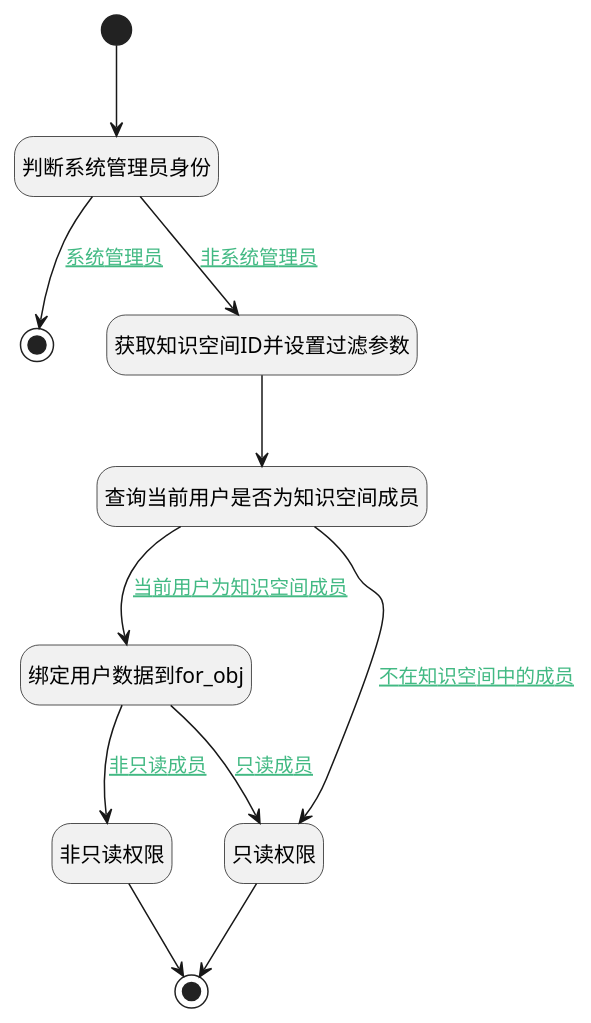
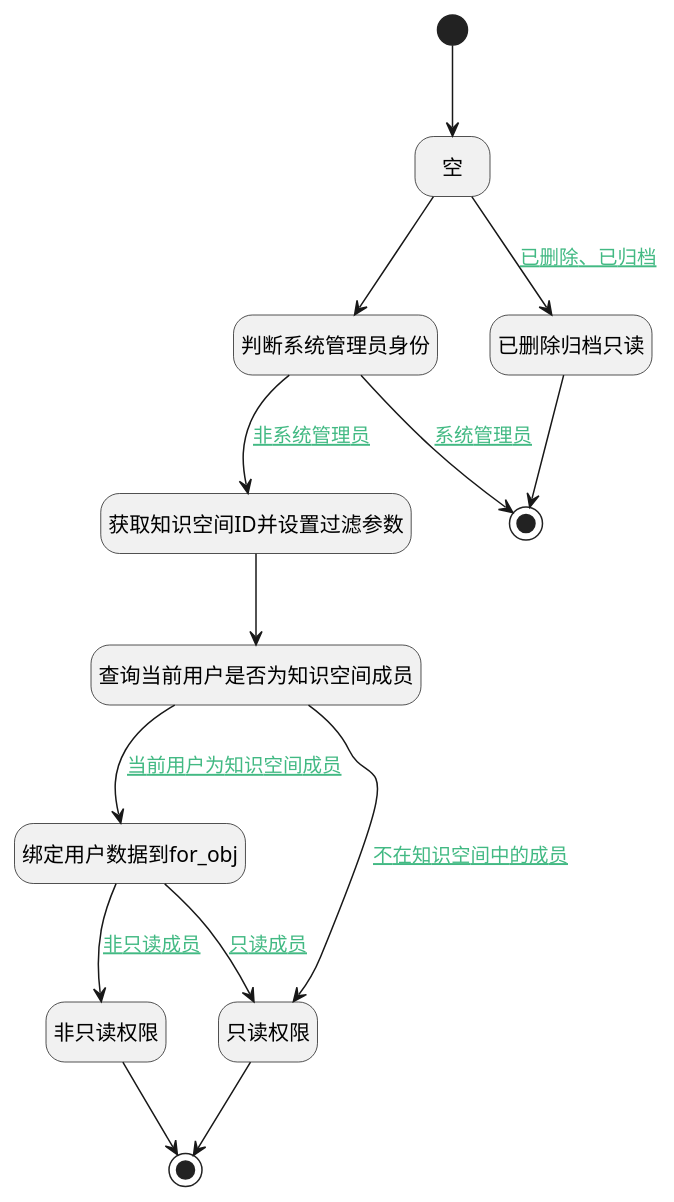
The diagram in doc/docsify/module/Wiki/space/logic/get_space_member_one.md (iBizLab/plm), drawn with PlantUML before and after one commit. The commit also changed other lines of this file and 818 other files, not shown here.

````diff
--- a/doc/docsify/module/Wiki/space/logic/get_space_member_one.md
+++ b/doc/docsify/module/Wiki/space/logic/get_space_member_one.md
@@ -7,35 +7,40 @@
 ```plantuml
 @startuml
 hide empty description
 <style>
 root {
   HyperlinkColor #42b983
 }
 </style>
 
 hide empty description
 state "开始" as Begin <<start>> [[$./get_space_member_one#begin {"开始"}]]
 state "结束" as END2 <<end>> [[$./get_space_member_one#end2 {"结束"}]]
 state "获取知识空间ID并设置过滤参数" as PREPAREPARAM2  [[$./get_space_member_one#prepareparam2 {"获取知识空间ID并设置过滤参数"}]]
 state "查询当前用户是否为知识空间成员" as DEDATASET3  [[$./get_space_member_one#dedataset3 {"查询当前用户是否为知识空间成员"}]]
 state "绑定用户数据到for_obj" as PREPAREPARAM5  [[$./get_space_member_one#prepareparam5 {"绑定用户数据到for_obj"}]]
+state "空" as PREPAREPARAM_01  [[$./get_space_member_one#prepareparam_01 {"空"}]]
 state "只读权限" as RAWSFCODE1  [[$./get_space_member_one#rawsfcode1 {"只读权限"}]]
 state "非只读权限" as RAWSFCODE2  [[$./get_space_member_one#rawsfcode2 {"非只读权限"}]]
 state "结束" as END6 <<end>> [[$./get_space_member_one#end6 {"结束"}]]
 state "判断系统管理员身份" as RAWSFCODE3  [[$./get_space_member_one#rawsfcode3 {"判断系统管理员身份"}]]
+state "已删除归档只读" as RAWSFCODE_01  [[$./get_space_member_one#rawsfcode_01 {"已删除归档只读"}]]
 
 
-Begin --> RAWSFCODE3
+Begin --> PREPAREPARAM_01
+PREPAREPARAM_01 --> RAWSFCODE_01 : [[$./get_space_member_one#prepareparam_01-rawsfcode_01{已删除、已归档} 已删除、已归档]]
+RAWSFCODE_01 --> END2
+PREPAREPARAM_01 --> RAWSFCODE3
 RAWSFCODE3 --> PREPAREPARAM2 : [[$./get_space_member_one#rawsfcode3-prepareparam2{非系统管理员} 非系统管理员]]
 PREPAREPARAM2 --> DEDATASET3
 DEDATASET3 --> RAWSFCODE1 : [[$./get_space_member_one#dedataset3-rawsfcode1{不在知识空间中的成员} 不在知识空间中的成员]]
 RAWSFCODE1 --> END6
 DEDATASET3 --> PREPAREPARAM5 : [[$./get_space_member_one#dedataset3-prepareparam5{当前用户为知识空间成员} 当前用户为知识空间成员]]
 PREPAREPARAM5 --> RAWSFCODE2 : [[$./get_space_member_one#prepareparam5-rawsfcode2{非只读成员} 非只读成员]]
 RAWSFCODE2 --> END6
 PREPAREPARAM5 --> RAWSFCODE1 : [[$./get_space_member_one#prepareparam5-rawsfcode1{只读成员} 只读成员]]
 RAWSFCODE3 --> END2 : [[$./get_space_member_one#rawsfcode3-end2{系统管理员} 系统管理员]]
 
 
 @enduml
 ```
````
